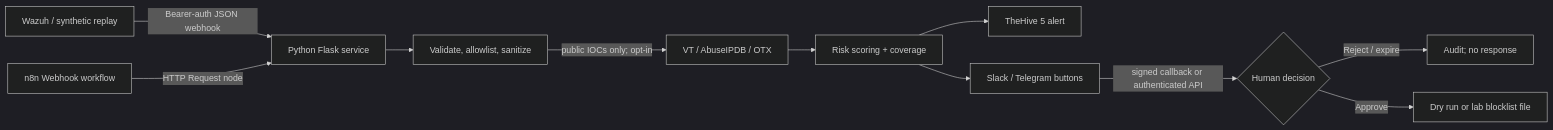
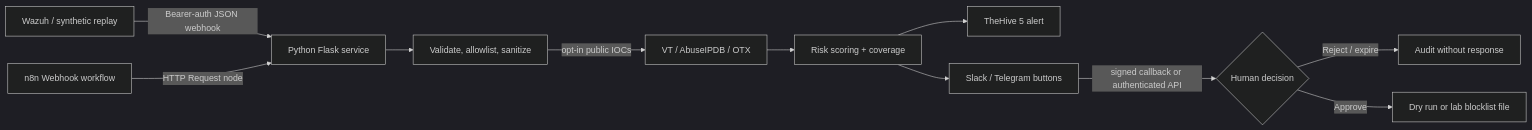
Before and after one commit to laffet-takwa/soc-incident-response-automation: the first of 2 diagrams in README.md, drawn with Mermaid (dark theme). The commit also changed other lines of this file, not shown here.

Commit message:
Fix Mermaid diagram rendering

````diff
--- a/README.md
+++ b/README.md
@@ -13,13 +13,13 @@
 ```mermaid
 flowchart LR
   W[Wazuh / synthetic replay] -->|Bearer-auth JSON webhook| S[Python Flask service]
   N[n8n Webhook workflow] -->|HTTP Request node| S
   S --> X[Validate, allowlist, sanitize]
-  X -->|public IOCs only; opt-in| T[VT / AbuseIPDB / OTX]
+  X -->|opt-in public IOCs| T[VT / AbuseIPDB / OTX]
   T --> R[Risk scoring + coverage]
   R --> H[TheHive 5 alert]
   R --> M[Slack / Telegram buttons]
   M -->|signed callback or authenticated API| A{Human decision}
-  A -->|Reject / expire| L[Audit; no response]
+  A -->|Reject / expire| L[Audit without response]
   A -->|Approve| D[Dry run or lab blocklist file]
 ```
````
